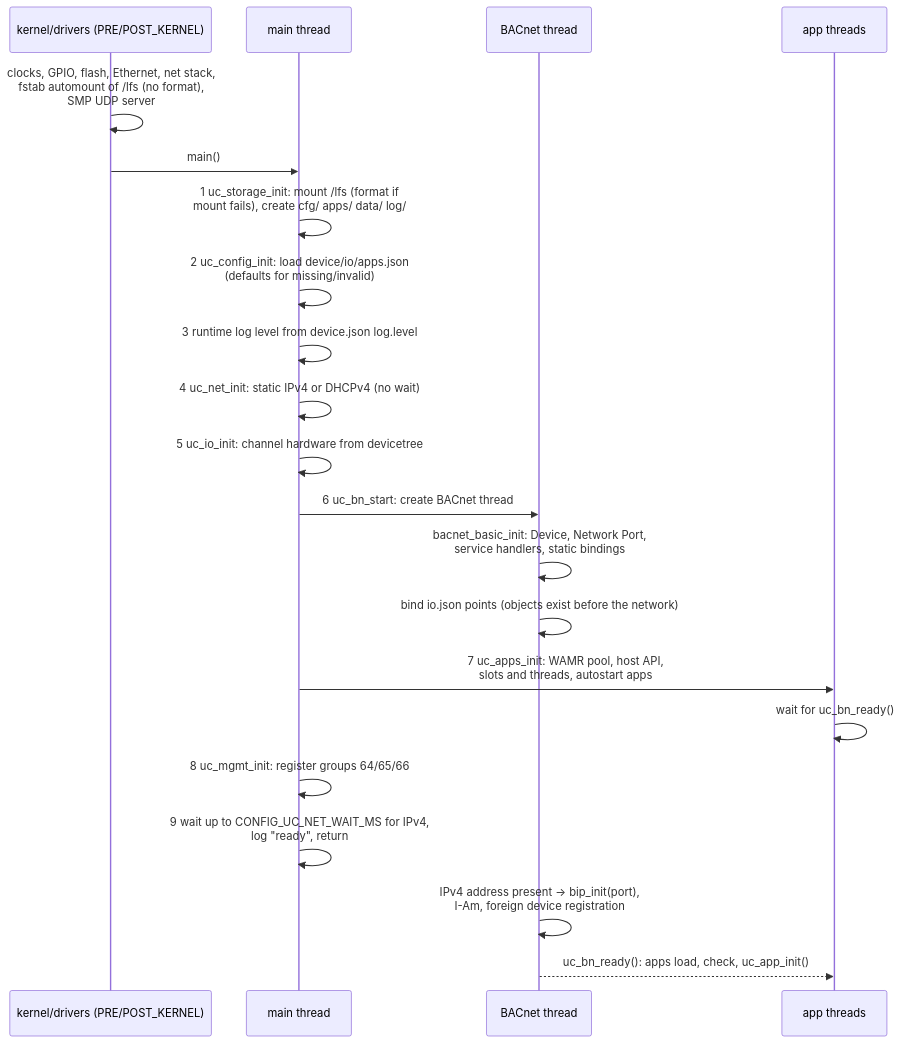
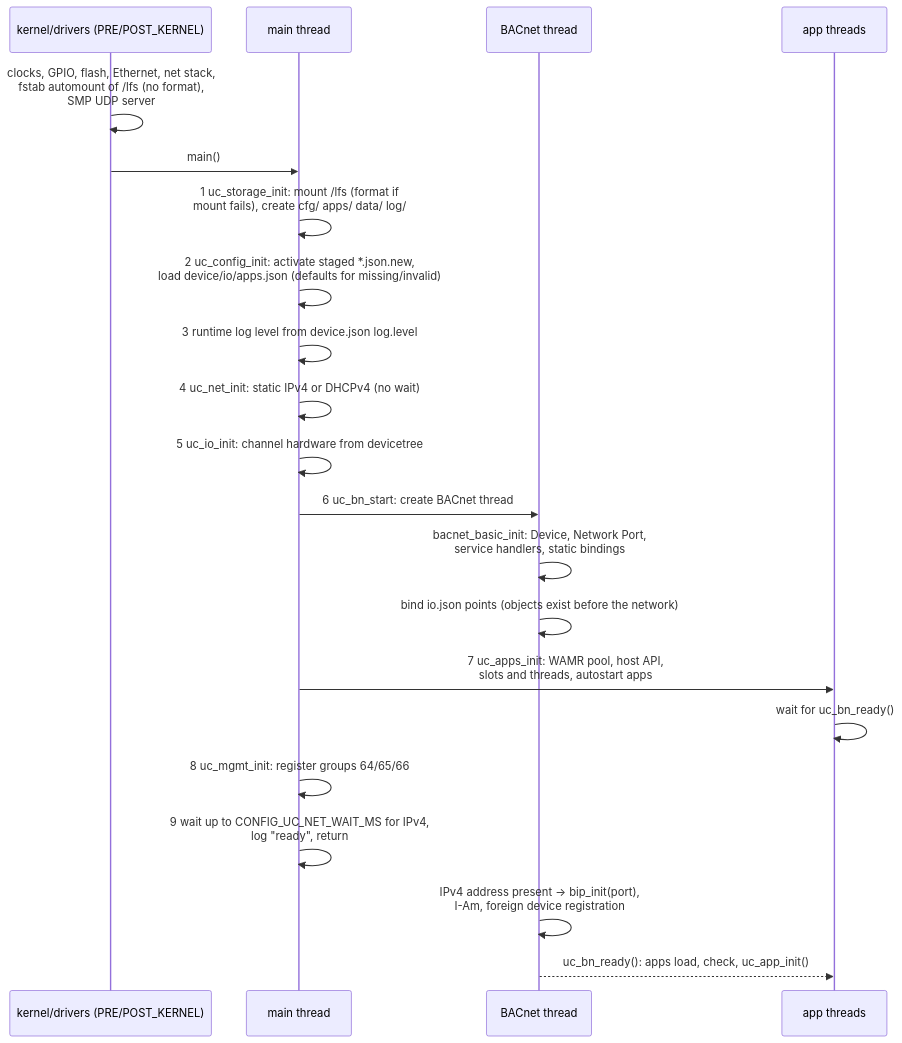
The ninth of 9 diagrams in docs/architecture.md (IlijaVorontsov/BACNet-uc), drawn with Mermaid before and after one commit. The commit also changed other lines of this file and 120 other files, not shown here.

````diff
--- a/docs/architecture.md
+++ b/docs/architecture.md
@@ -350,23 +368,23 @@
 ```mermaid
 sequenceDiagram
     participant K as kernel/drivers (PRE/POST_KERNEL)
     participant M as main thread
     participant B as BACnet thread
     participant A as app threads
     K->>K: clocks, GPIO, flash, Ethernet, net stack,<br/>fstab automount of /lfs (no format),<br/>SMP UDP server
     K->>M: main()
     M->>M: 1 uc_storage_init: mount /lfs (format if<br/>mount fails), create cfg/ apps/ data/ log/
-    M->>M: 2 uc_config_init: load device/io/apps.json<br/>(defaults for missing/invalid)
+    M->>M: 2 uc_config_init: activate staged *.json.new,<br/>load device/io/apps.json (defaults for missing/invalid)
     M->>M: 3 runtime log level from device.json log.level
     M->>M: 4 uc_net_init: static IPv4 or DHCPv4 (no wait)
     M->>M: 5 uc_io_init: channel hardware from devicetree
     M->>B: 6 uc_bn_start: create BACnet thread
     B->>B: bacnet_basic_init: Device, Network Port,<br/>service handlers, static bindings
     B->>B: bind io.json points (objects exist before the network)
     M->>A: 7 uc_apps_init: WAMR pool, host API,<br/>slots and threads, autostart apps
     A->>A: wait for uc_bn_ready()
     M->>M: 8 uc_mgmt_init: register groups 64/65/66
     M->>M: 9 wait up to CONFIG_UC_NET_WAIT_MS for IPv4,<br/>log "ready", return
     B->>B: IPv4 address present -> bip_init(port),<br/>I-Am, foreign device registration
     B-->>A: uc_bn_ready(): apps load, check, uc_app_init()
 ```
````
